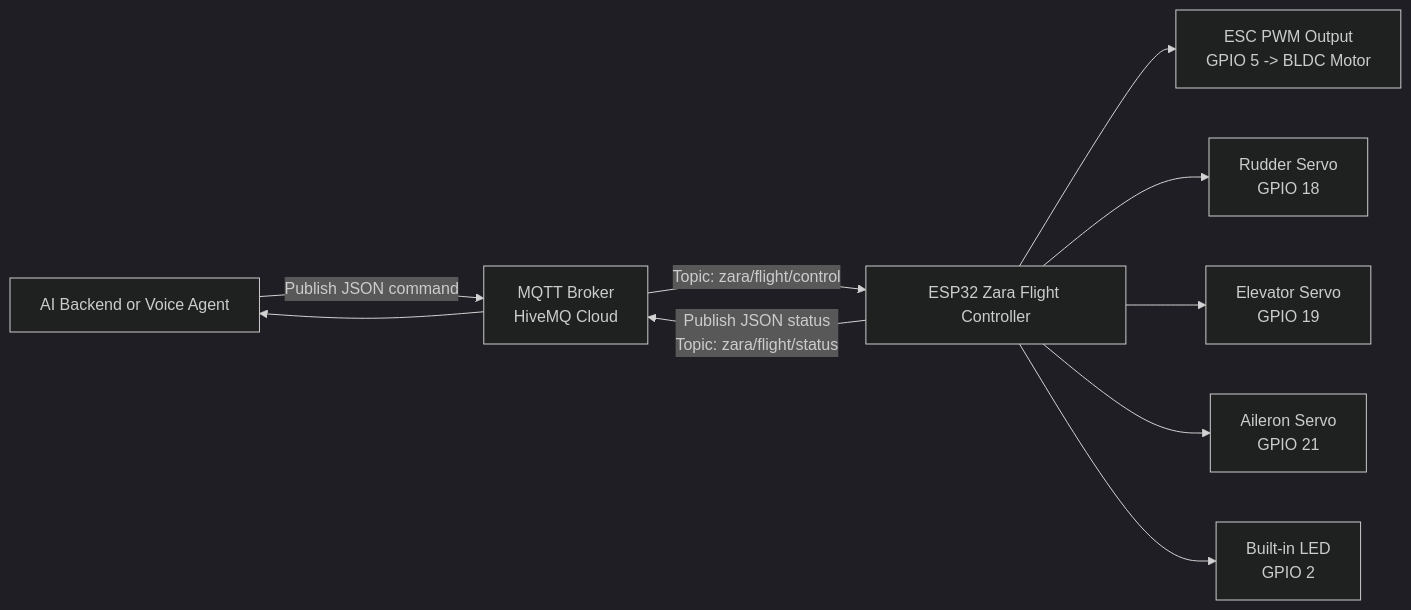
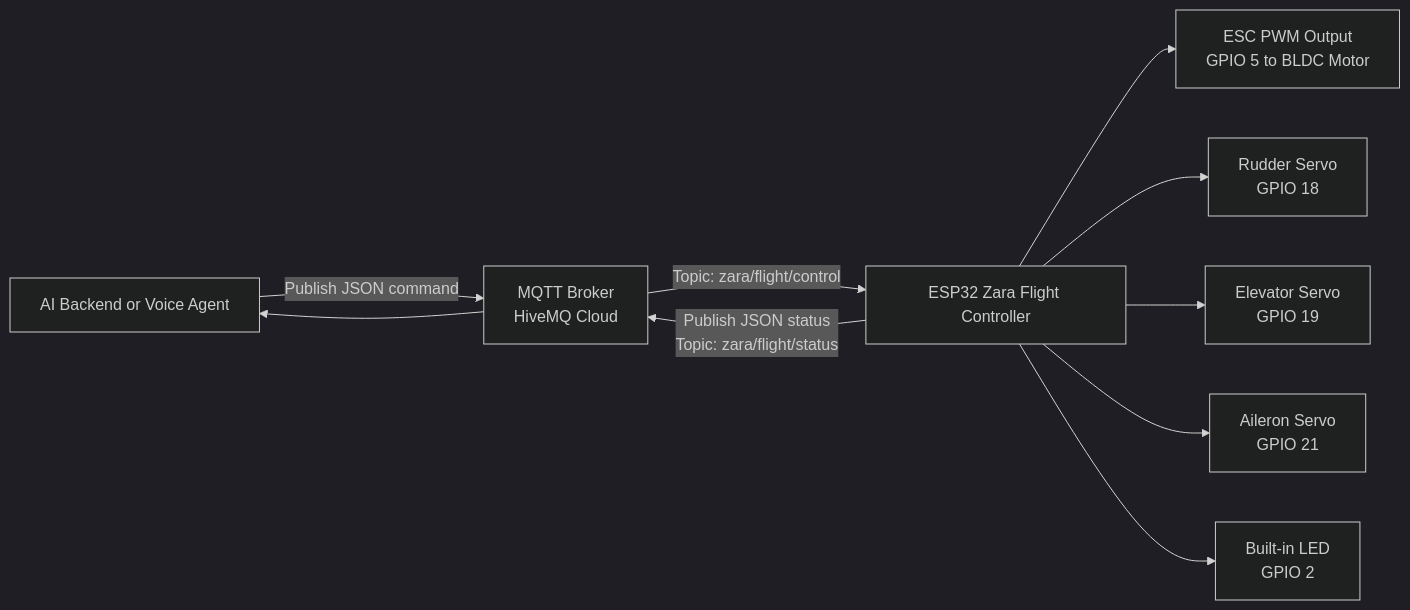
The first of 2 diagrams in README.md (itzdineshx/Zara_the_AI_Autonmous_Pilot), drawn with Mermaid (dark theme) before and after one commit. The commit also changed other lines of this file, not shown here.

Commit message:
Refactor flowchart syntax in README for improved readability

````diff
--- a/README.md
+++ b/README.md
@@ -95,14 +95,14 @@
 ```mermaid
 flowchart LR
-	 A[AI Backend or Voice Agent] -->|Publish JSON command| B[MQTT Broker\nHiveMQ Cloud]
-	 B -->|Topic: zara/flight/control| C[ESP32 Zara Flight Controller]
+  A["AI Backend or Voice Agent"] -->|Publish JSON command| B["MQTT Broker<br/>HiveMQ Cloud"]
+  B -->|Topic: zara/flight/control| C["ESP32 Zara Flight Controller"]
 
-	 C --> D[ESC PWM Output\nGPIO 5 -> BLDC Motor]
-	 C --> E[Rudder Servo\nGPIO 18]
-	 C --> F[Elevator Servo\nGPIO 19]
-	 C --> G[Aileron Servo\nGPIO 21]
-	 C --> H[Built-in LED\nGPIO 2]
+  C --> D["ESC PWM Output<br/>GPIO 5 to BLDC Motor"]
+  C --> E["Rudder Servo<br/>GPIO 18"]
+  C --> F["Elevator Servo<br/>GPIO 19"]
+  C --> G["Aileron Servo<br/>GPIO 21"]
+  C --> H["Built-in LED<br/>GPIO 2"]
 
-	 C -->|Publish JSON status\nTopic: zara/flight/status| B
-	 B --> A
+  C -->|Publish JSON status<br/>Topic: zara/flight/status| B
+  B --> A
 ```
````
